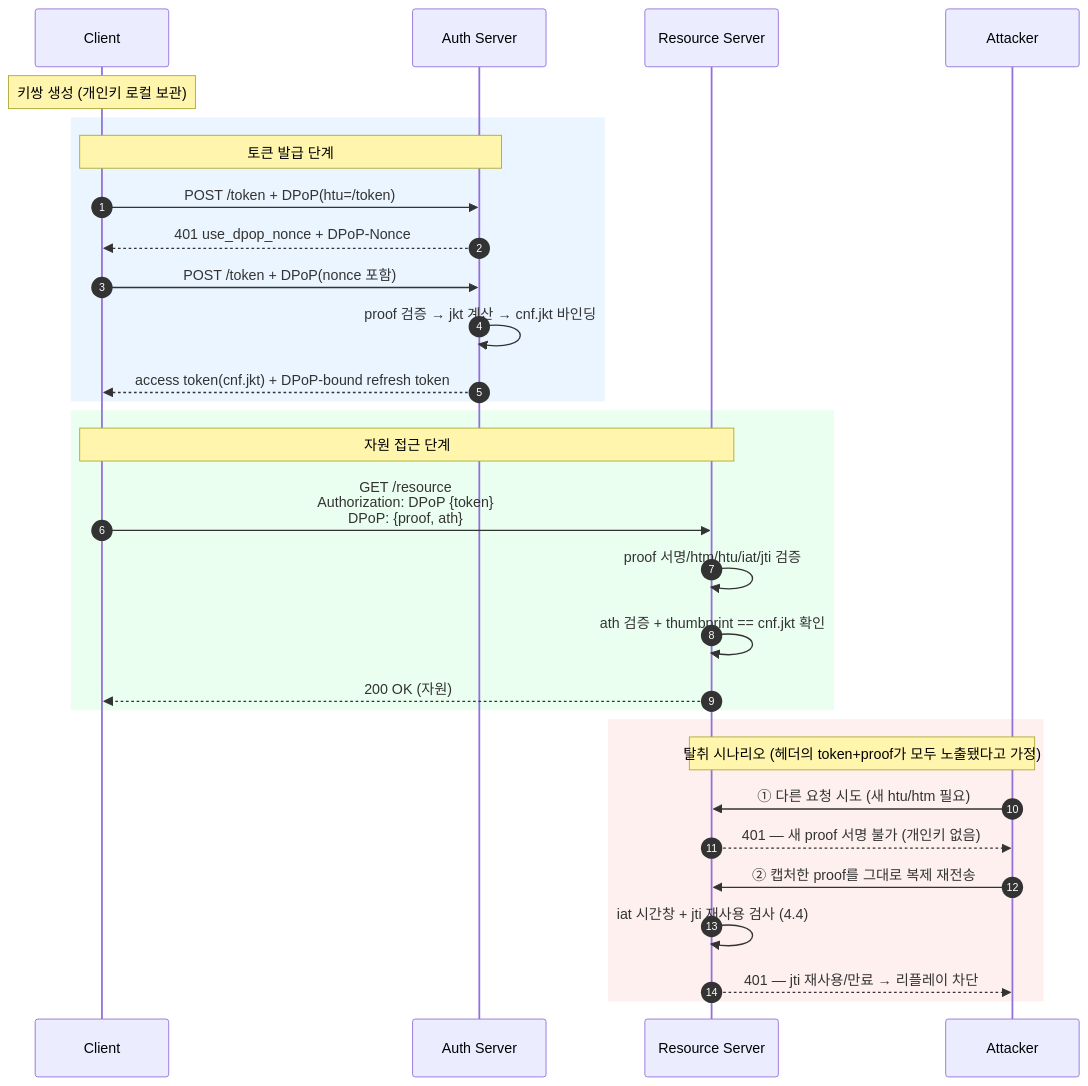
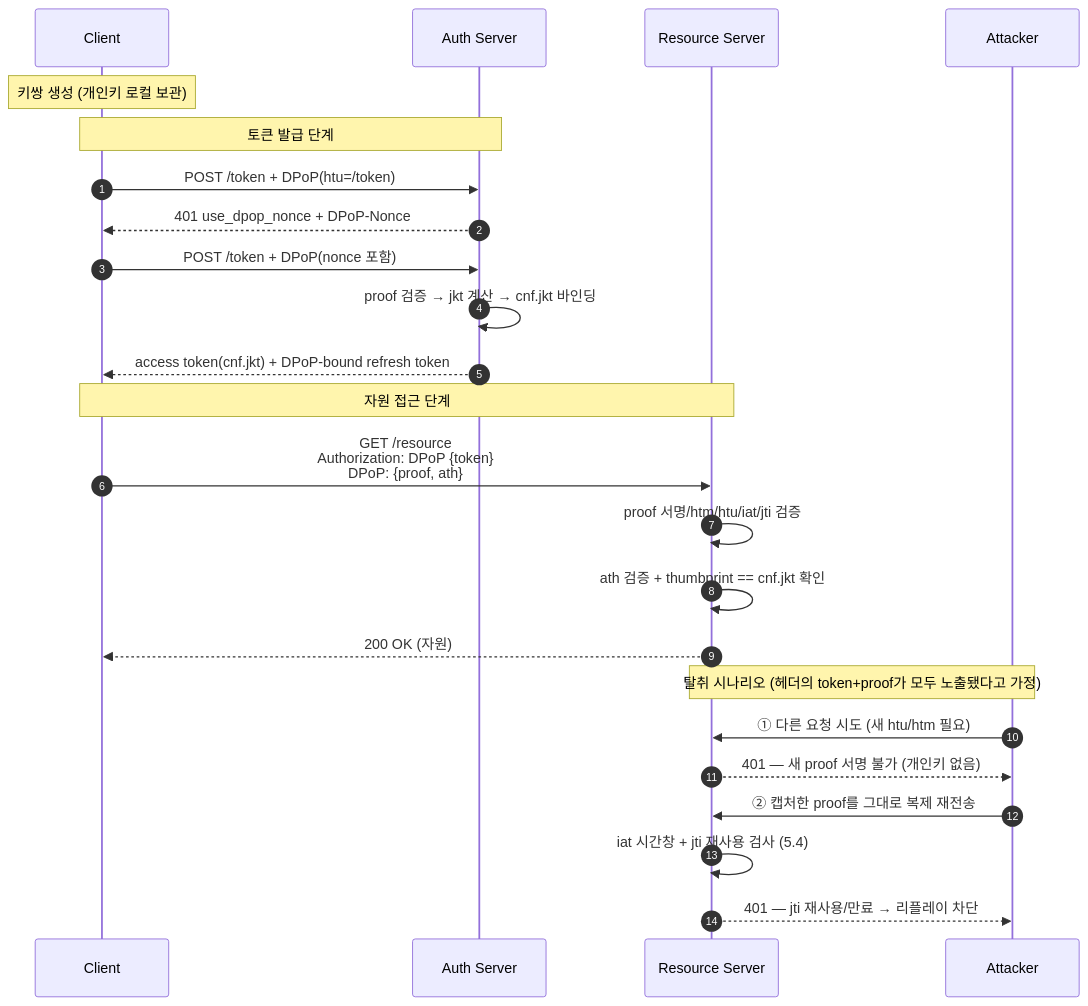
One commit to gmoon92/toy changed the sixth of 6 diagrams in spring-security/docs/auth-architecture/dpop-pop-architecture.md. Above: the diagram before and after it, drawn with Mermaid. The commit also changed other lines of this file and 2 other files, not shown here.

````diff
--- a/spring-security/docs/auth-architecture/dpop-pop-architecture.md
+++ b/spring-security/docs/auth-architecture/dpop-pop-architecture.md
@@ -286,36 +265,30 @@
 ```mermaid
 sequenceDiagram
     autonumber
     participant C as Client
     participant AS as Auth Server
     participant RS as Resource Server
 
     Note over C: 키쌍 생성 (개인키 로컬 보관)
 
-    rect rgb(235, 245, 255)
     Note over C,AS: 토큰 발급 단계
     C->>AS: POST /token + DPoP(htu=/token)
     AS-->>C: 401 use_dpop_nonce + DPoP-Nonce
     C->>AS: POST /token + DPoP(nonce 포함)
     AS->>AS: proof 검증 → jkt 계산 → cnf.jkt 바인딩
     AS-->>C: access token(cnf.jkt) + DPoP-bound refresh token
-    end
 
-    rect rgb(235, 255, 240)
     Note over C,RS: 자원 접근 단계
     C->>RS: GET /resource<br/>Authorization: DPoP {token}<br/>DPoP: {proof, ath}
     RS->>RS: proof 서명/htm/htu/iat/jti 검증
     RS->>RS: ath 검증 + thumbprint == cnf.jkt 확인
     RS-->>C: 200 OK (자원)
-    end
 
-    rect rgb(255, 240, 240)
     Note over Attacker,RS: 탈취 시나리오 (헤더의 token+proof가 모두 노출됐다고 가정)
     participant Attacker
     Attacker->>RS: ① 다른 요청 시도 (새 htu/htm 필요)
     RS-->>Attacker: 401 — 새 proof 서명 불가 (개인키 없음)
     Attacker->>RS: ② 캡처한 proof를 그대로 복제 재전송
-    RS->>RS: iat 시간창 + jti 재사용 검사 (4.4)
+    RS->>RS: iat 시간창 + jti 재사용 검사 (5.4)
     RS-->>Attacker: 401 — jti 재사용/만료 → 리플레이 차단
-    end
 ```
````
